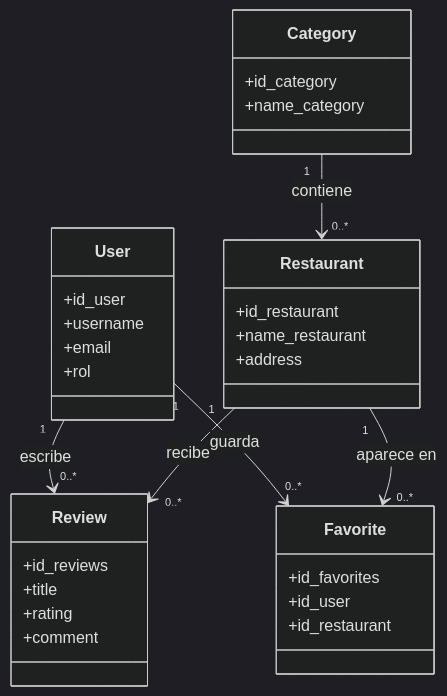
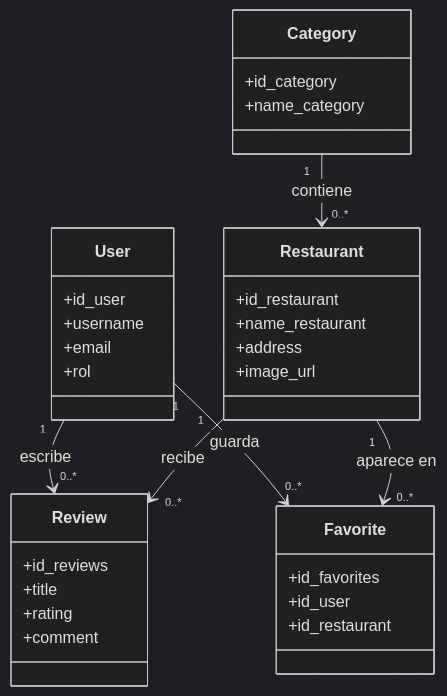
Before and after one commit to EstherUc/SaltyReviews: the third of 4 diagrams in doc/MEMORIA_SALTYREVIEWS.md, drawn with Mermaid (dark theme). The commit also changed other lines of this file and 4 other files, not shown here.

````diff
--- a/doc/MEMORIA_SALTYREVIEWS.md
+++ b/doc/MEMORIA_SALTYREVIEWS.md
@@ -149,35 +151,36 @@
 ```mermaid
 classDiagram
     class User {
         +id_user
         +username
         +email
         +rol
     }
     class Restaurant {
         +id_restaurant
         +name_restaurant
         +address
+        +image_url
     }
     class Category {
         +id_category
         +name_category
     }
     class Review {
         +id_reviews
         +title
         +rating
         +comment
     }
     class Favorite {
         +id_favorites
         +id_user
         +id_restaurant
     }
 
     Category "1" --> "0..*" Restaurant : contiene
     User "1" --> "0..*" Review : escribe
     Restaurant "1" --> "0..*" Review : recibe
     User "1" --> "0..*" Favorite : guarda
     Restaurant "1" --> "0..*" Favorite : aparece en
 ```
````
